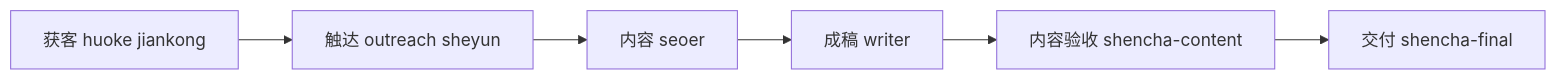
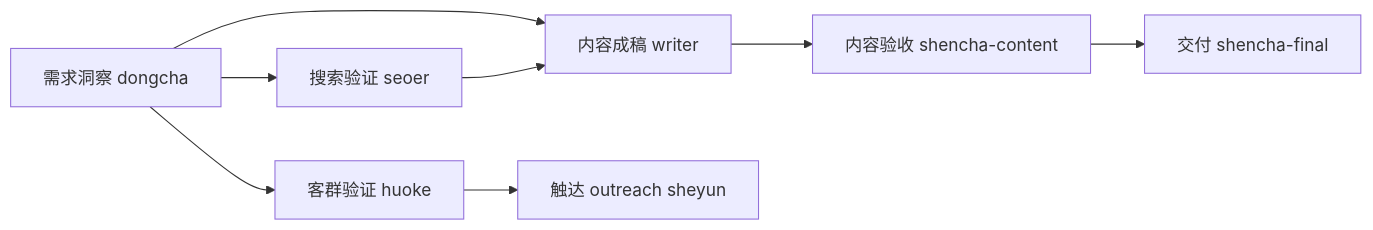
One commit to tony-apan/zcode_skills changed the first of 2 diagrams in README.md. Above: the diagram before and after it, drawn with Mermaid. The commit also changed other lines of this file and 17 other files, not shown here.

Commit message:
release: v4.1.0 (add dongcha demand insight agent) (#5)

````diff
--- a/README.md
+++ b/README.md
@@ -86,8 +87,10 @@
 ```mermaid
 graph LR
-    lead[获客 huoke jiankong] --> reach[触达 outreach sheyun]
-    reach --> plan[内容 seoer]
-    plan --> draft[成稿 writer]
+    insight[需求洞察 dongcha] --> search[搜索验证 seoer]
+    insight --> draft[内容成稿 writer]
+    insight --> lead[客群验证 huoke]
+    lead --> reach[触达 outreach sheyun]
+    search --> draft
     draft --> review[内容验收 shencha-content]
     review --> deliver[交付 shencha-final]
 ```
````
